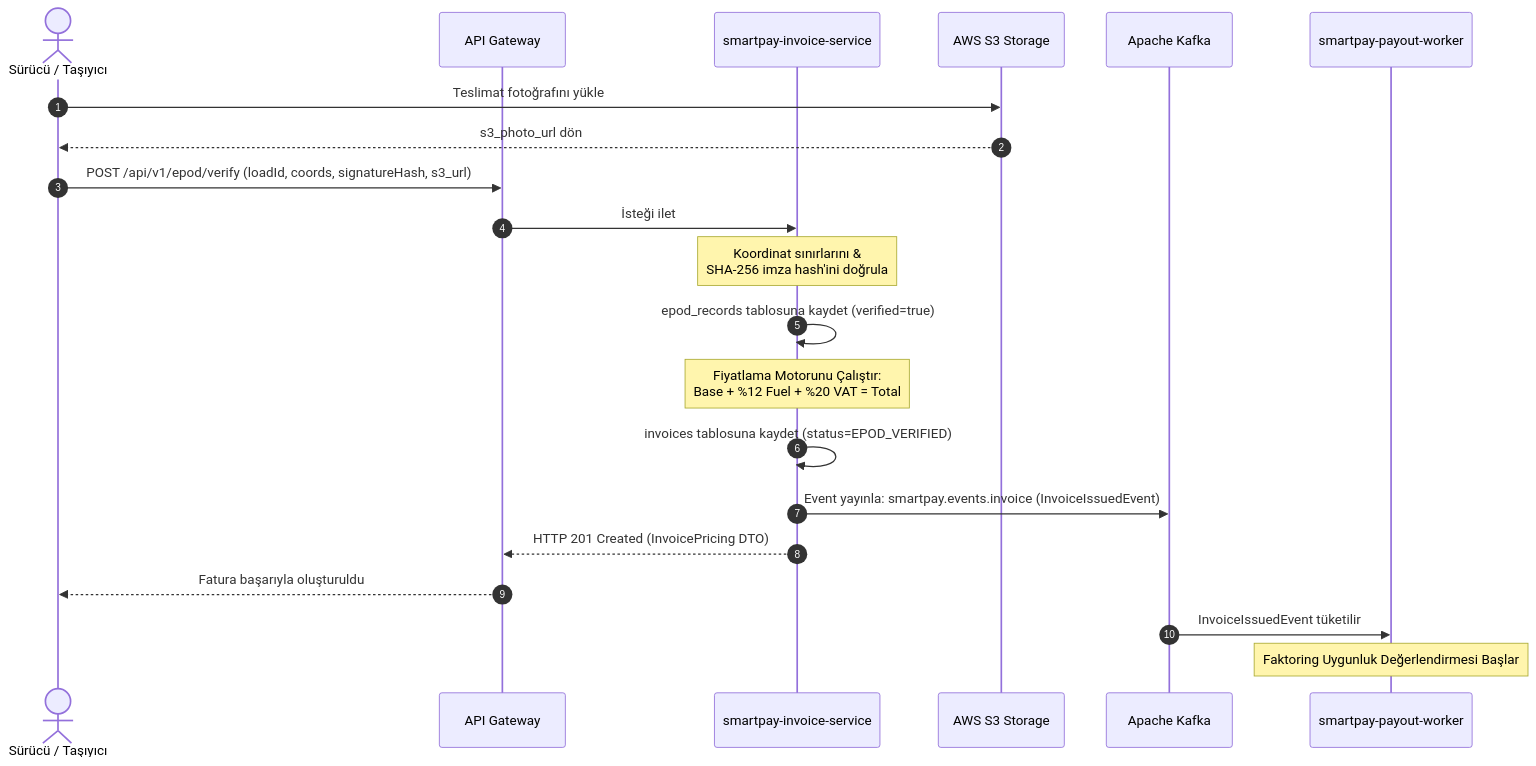
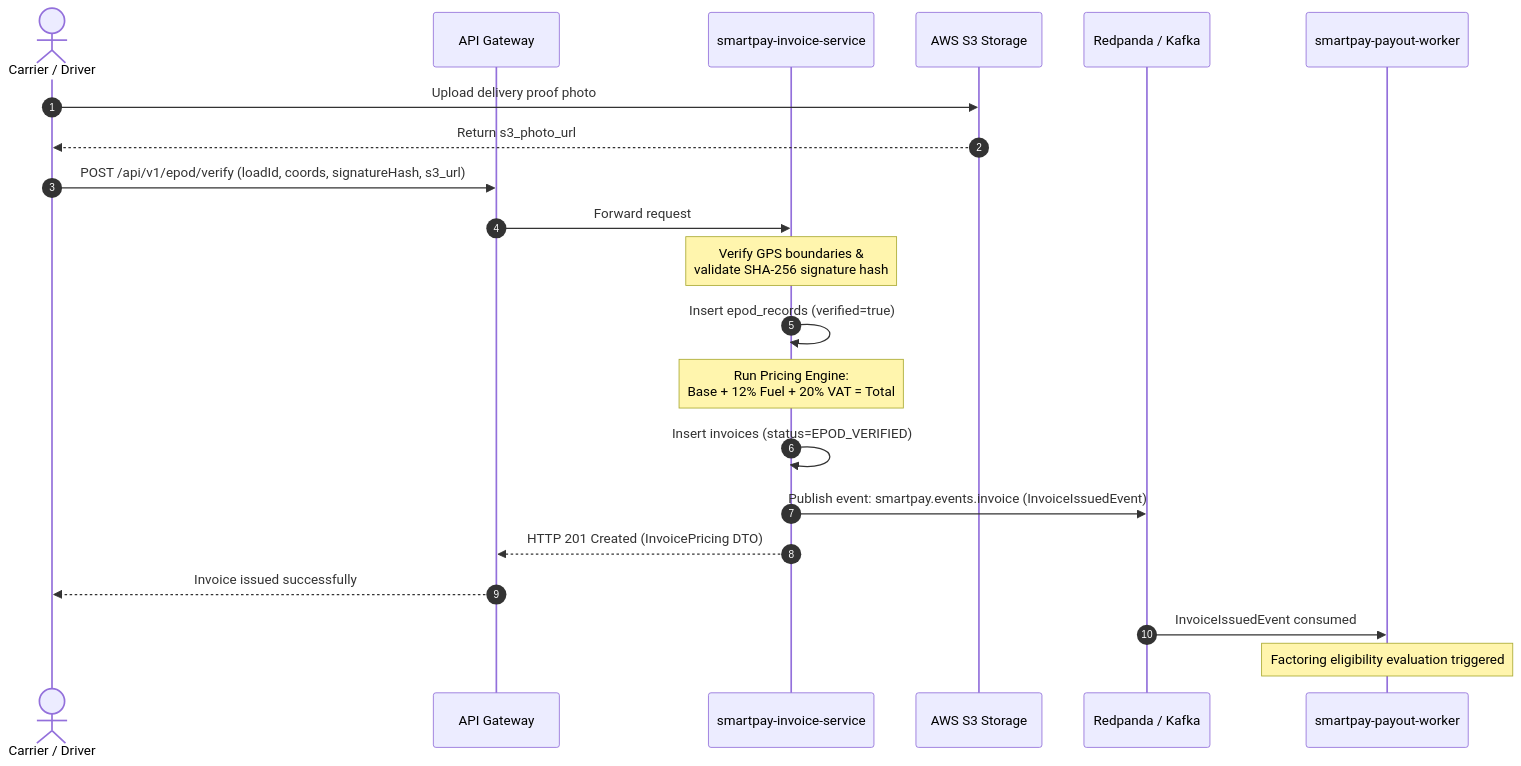
Before and after one commit to netologist/smartpay-system: the first of 3 diagrams in docs/architecture/sequence-diagrams.md, drawn with Mermaid. The commit also changed other lines of this file and 22 other files, not shown here.

Commit message:
docs: translate all architecture docs, ADRs, story cards, and README to English

````diff
--- a/docs/architecture/sequence-diagrams.md
+++ b/docs/architecture/sequence-diagrams.md
@@ -11,29 +11,29 @@
 ```mermaid
 sequenceDiagram
     autonumber
-    actor Driver as Sürücü / Taşıyıcı
+    actor Driver as Carrier / Driver
     participant Gateway as API Gateway
     participant InvoiceSvc as smartpay-invoice-service
     participant S3 as AWS S3 Storage
-    participant Kafka as Apache Kafka
+    participant Kafka as Redpanda / Kafka
     participant PayoutWorker as smartpay-payout-worker
 
-    Driver->>S3: Teslimat fotoğrafını yükle
-    S3-->>Driver: s3_photo_url dön
+    Driver->>S3: Upload delivery proof photo
+    S3-->>Driver: Return s3_photo_url
 
     Driver->>Gateway: POST /api/v1/epod/verify (loadId, coords, signatureHash, s3_url)
-    Gateway->>InvoiceSvc: İsteği ilet
+    Gateway->>InvoiceSvc: Forward request
     
-    Note over InvoiceSvc: Koordinat sınırlarını &<br/>SHA-256 imza hash'ini doğrula
-    InvoiceSvc->>InvoiceSvc: epod_records tablosuna kaydet (verified=true)
+    Note over InvoiceSvc: Verify GPS boundaries &<br/>validate SHA-256 signature hash
+    InvoiceSvc->>InvoiceSvc: Insert epod_records (verified=true)
     
-    Note over InvoiceSvc: Fiyatlama Motorunu Çalıştır:<br/>Base + %12 Fuel + %20 VAT = Total
-    InvoiceSvc->>InvoiceSvc: invoices tablosuna kaydet (status=EPOD_VERIFIED)
+    Note over InvoiceSvc: Run Pricing Engine:<br/>Base + 12% Fuel + 20% VAT = Total
+    InvoiceSvc->>InvoiceSvc: Insert invoices (status=EPOD_VERIFIED)
 
-    InvoiceSvc->>Kafka: Event yayınla: smartpay.events.invoice (InvoiceIssuedEvent)
+    InvoiceSvc->>Kafka: Publish event: smartpay.events.invoice (InvoiceIssuedEvent)
     InvoiceSvc-->>Gateway: HTTP 201 Created (InvoicePricing DTO)
-    Gateway-->>Driver: Fatura başarıyla oluşturuldu
+    Gateway-->>Driver: Invoice issued successfully
 
-    Kafka->>PayoutWorker: InvoiceIssuedEvent tüketilir
-    Note over PayoutWorker: Faktoring Uygunluk Değerlendirmesi Başlar
+    Kafka->>PayoutWorker: InvoiceIssuedEvent consumed
+    Note over PayoutWorker: Factoring eligibility evaluation triggered
 ```
````
